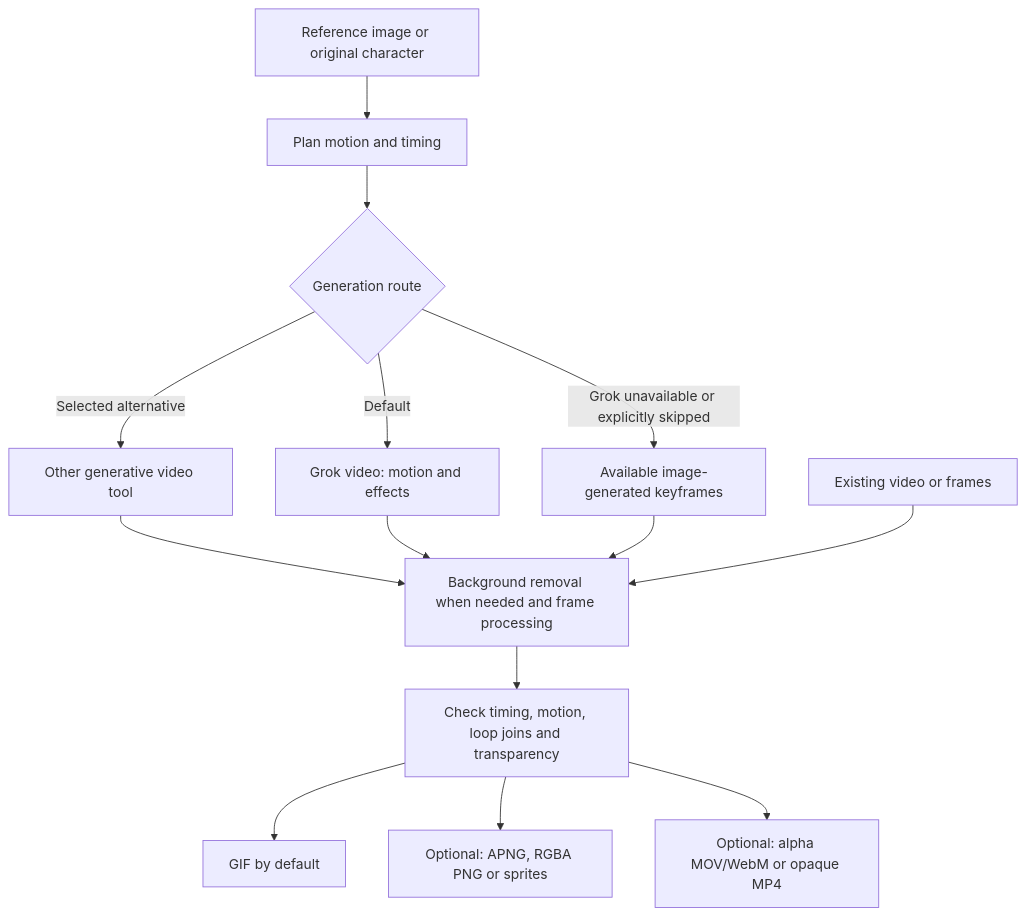
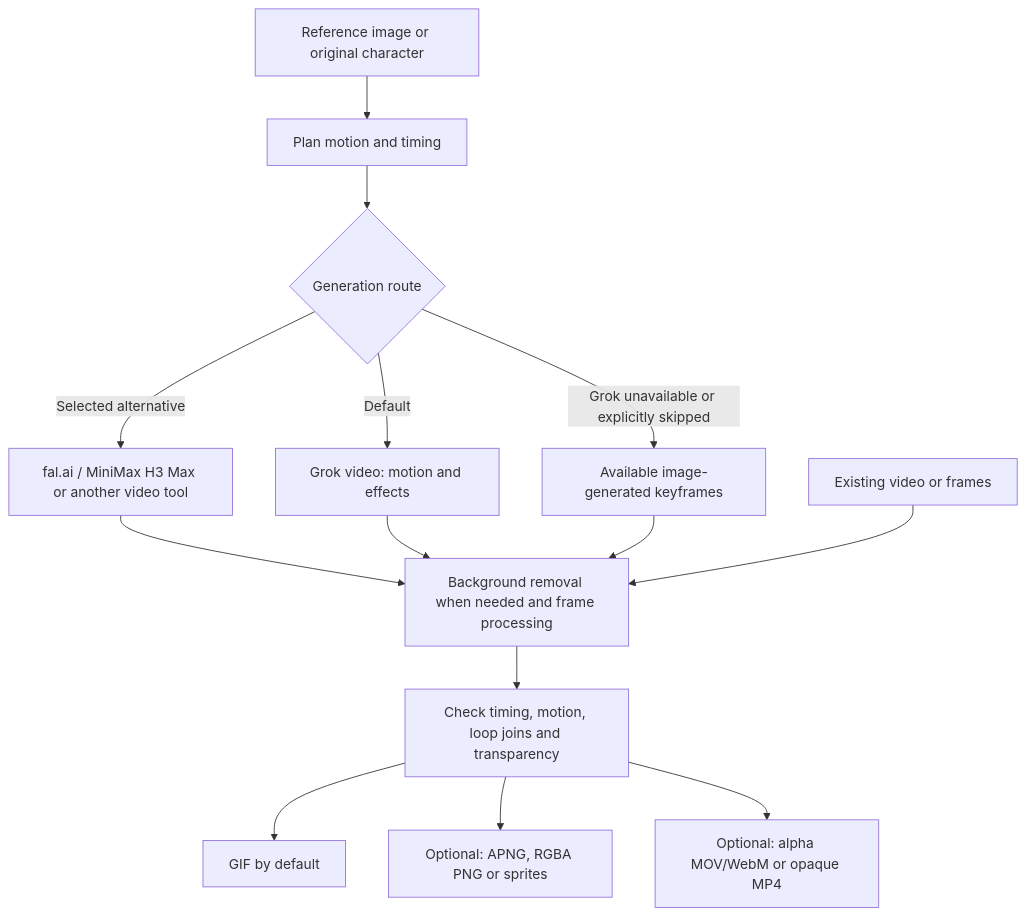
Before and after one commit to miles990/video-gif-studio: the diagram in README.md, drawn with Mermaid. The commit also changed other lines of this file and 14 other files, not shown here.

````diff
--- a/README.md
+++ b/README.md
@@ -41,16 +41,16 @@
 ```mermaid
 flowchart TD
     A["Reference image or original character"] --> B["Plan motion and timing"]
     B --> C{"Generation route"}
     C -->|"Default"| D["Grok video: motion and effects"]
     C -->|"Grok unavailable or explicitly skipped"| E["Available image-generated keyframes"]
-    C -->|"Selected alternative"| K["Other generative video tool"]
+    C -->|"Selected alternative"| K["fal.ai / MiniMax H3 Max or another video tool"]
     K --> F
     D --> F["Background removal when needed and frame processing"]
     E --> F
     V["Existing video or frames"] --> F
     F --> G["Check timing, motion, loop joins and transparency"]
     G --> H["GIF by default"]
     G --> I["Optional: APNG, RGBA PNG or sprites"]
     G --> J["Optional: alpha MOV/WebM or opaque MP4"]
 ```
````
